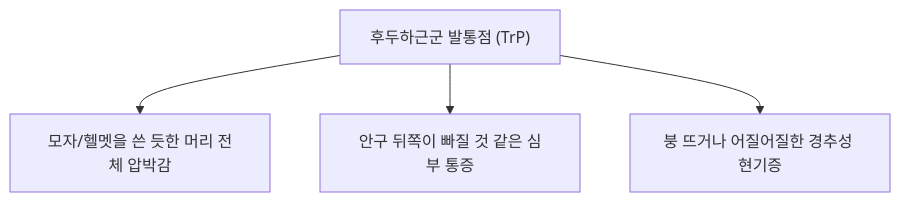
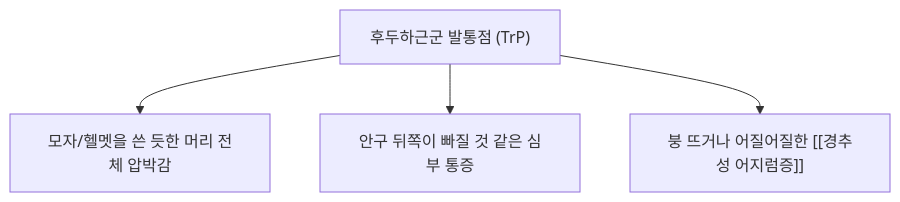
The third of 3 diagrams in content/1. 근골격계 공부/근육/(2) 경부/후두하근.md (simbio11/simbio-digital-garden2), drawn with Mermaid before and after one commit. The commit also changed other lines of this file and 150 other files, not shown here.

````diff
--- a/content/1. 근골격계 공부/근육/(2) 경부/후두하근.md
+++ b/content/1. 근골격계 공부/근육/(2) 경부/후두하근.md
@@ -74,6 +90,6 @@
 ```mermaid
 graph TD
     Suboccipital_TrP["후두하근군 발통점 (TrP)"] --> Pattern_Helmet["모자/헬멧을 쓴 듯한 머리 전체 압박감"]
     Suboccipital_TrP --> Pattern_Retroorbital["안구 뒤쪽이 빠질 것 같은 심부 통증"]
-    Suboccipital_TrP --> Pattern_Dizziness["붕 뜨거나 어질어질한 경추성 현기증"]
+    Suboccipital_TrP --> Pattern_Dizziness["붕 뜨거나 어질어질한 [[경추성 어지럼증]]"]
 ```
````
